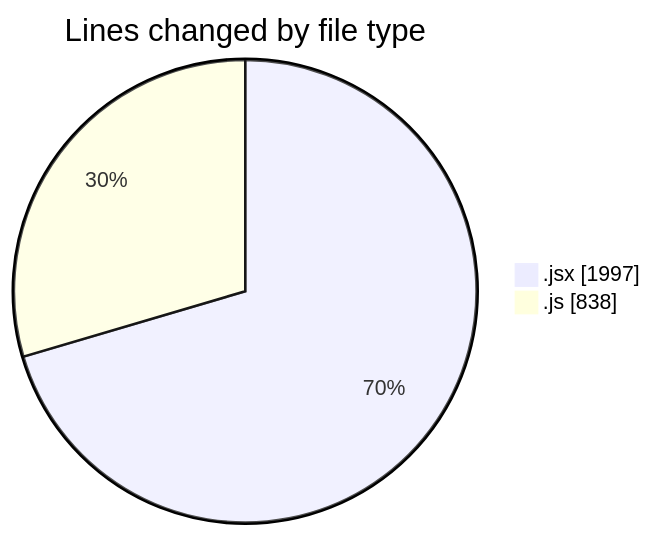
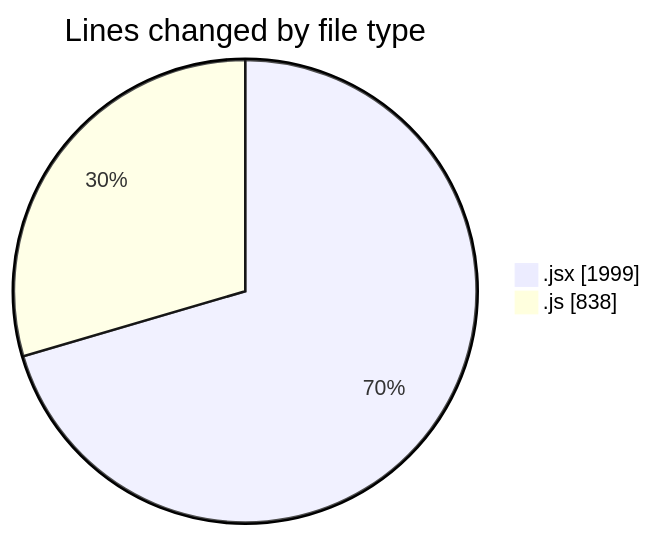
One commit to nxtqubesakshisongat/code-tracking changed the first of 2 diagrams in 2025-09-21/nxtqube_webapp/README.md. Above: the diagram before and after it, drawn with Mermaid. The commit also changed other lines of this file and 1 other file, not shown here.

````diff
--- a/2025-09-21/nxtqube_webapp/README.md
+++ b/2025-09-21/nxtqube_webapp/README.md
@@ -22,6 +22,6 @@
 ```mermaid
 pie showData
 title Lines changed by file type
-".jsx" : 1997
+".jsx" : 1999
 ".js" : 838
 ```
````
